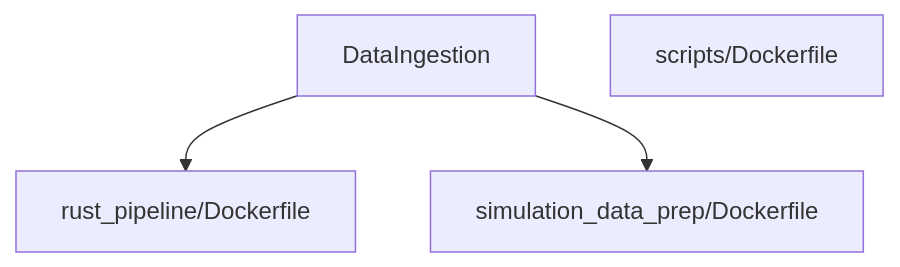
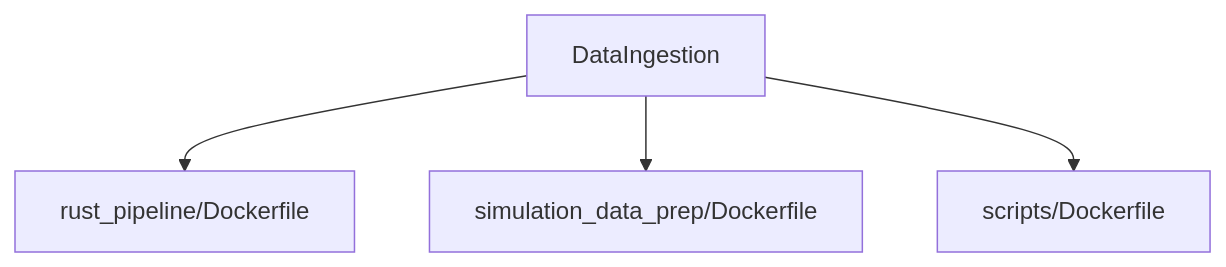
The diagram in ProjectDocs/docker_images.md (Fnux8890/Proactive-thesis), drawn with Mermaid before and after one commit.

````diff
--- a/ProjectDocs/docker_images.md
+++ b/ProjectDocs/docker_images.md
@@ -5,7 +5,7 @@
 ```mermaid
 graph TD
     DI[DataIngestion]
     DI --> RP_Docker["rust_pipeline/Dockerfile"]
     DI --> SimDocker["simulation_data_prep/Dockerfile"]
-    Scripts["scripts/Dockerfile"]
+    DI --> Scripts["scripts/Dockerfile"]
 ```
````
